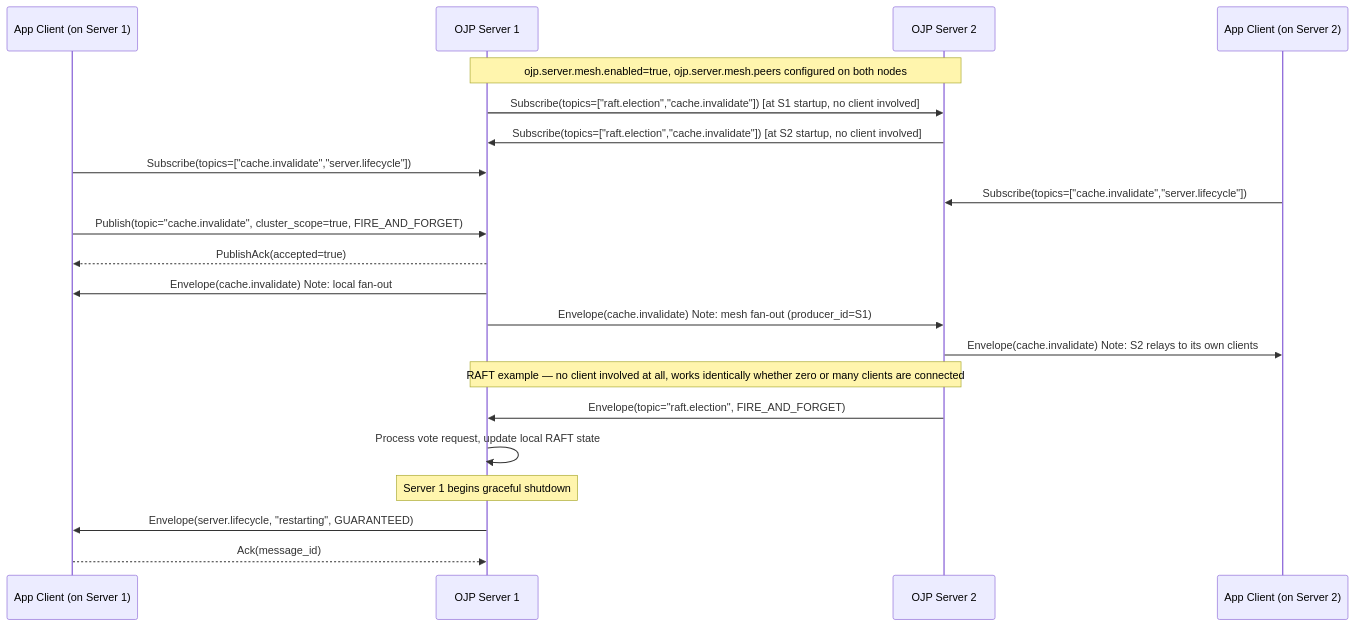
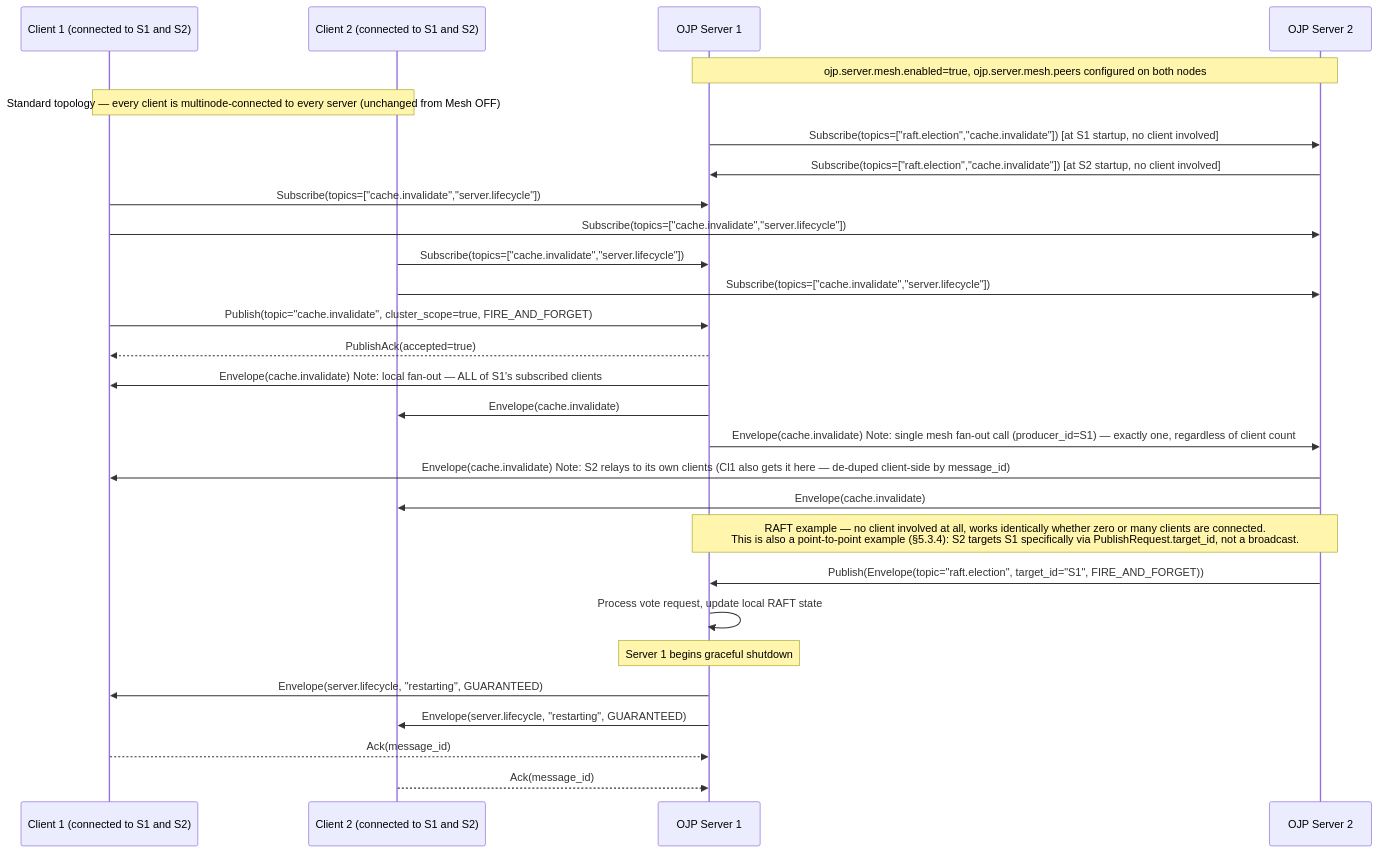
One commit to Open-JDBC-Proxy/ojp changed the sixth of 6 diagrams in documents/analysis/OJP_MESSAGING_PROTOCOL_ANALYSIS.md. Above: the diagram before and after it, drawn with Mermaid. The commit also changed other lines of this file and 2 other files, not shown here.

Commit message:
Address 7-item review: fix stale constraint framing, add channel inventory, full service contract, RAFT trust-perimeter argument

````diff
--- a/documents/analysis/OJP_MESSAGING_PROTOCOL_ANALYSIS.md
+++ b/documents/analysis/OJP_MESSAGING_PROTOCOL_ANALYSIS.md
@@ -670,29 +1081,36 @@
 ```mermaid
 sequenceDiagram
-    participant ClientA as App Client (on Server 1)
+    participant Cl1 as Client 1 (connected to S1 and S2)
+    participant Cl2 as Client 2 (connected to S1 and S2)
     participant S1 as OJP Server 1
     participant S2 as OJP Server 2
-    participant ClientB as App Client (on Server 2)
 
     Note over S1,S2: ojp.server.mesh.enabled=true, ojp.server.mesh.peers configured on both nodes
+    Note over Cl1,Cl2: Standard topology — every client is multinode-connected to every server (unchanged from Mesh OFF)
 
     S1->>S2: Subscribe(topics=["raft.election","cache.invalidate"]) [at S1 startup, no client involved]
     S2->>S1: Subscribe(topics=["raft.election","cache.invalidate"]) [at S2 startup, no client involved]
 
-    ClientA->>S1: Subscribe(topics=["cache.invalidate","server.lifecycle"])
-    ClientB->>S2: Subscribe(topics=["cache.invalidate","server.lifecycle"])
+    Cl1->>S1: Subscribe(topics=["cache.invalidate","server.lifecycle"])
+    Cl1->>S2: Subscribe(topics=["cache.invalidate","server.lifecycle"])
+    Cl2->>S1: Subscribe(topics=["cache.invalidate","server.lifecycle"])
+    Cl2->>S2: Subscribe(topics=["cache.invalidate","server.lifecycle"])
 
-    ClientA->>S1: Publish(topic="cache.invalidate", cluster_scope=true, FIRE_AND_FORGET)
-    S1-->>ClientA: PublishAck(accepted=true)
-    S1->>ClientA: Envelope(cache.invalidate)  Note: local fan-out
-    S1->>S2: Envelope(cache.invalidate)        Note: mesh fan-out (producer_id=S1)
-    S2->>ClientB: Envelope(cache.invalidate)   Note: S2 relays to its own clients
+    Cl1->>S1: Publish(topic="cache.invalidate", cluster_scope=true, FIRE_AND_FORGET)
+    S1-->>Cl1: PublishAck(accepted=true)
+    S1->>Cl1: Envelope(cache.invalidate)  Note: local fan-out — ALL of S1's subscribed clients
+    S1->>Cl2: Envelope(cache.invalidate)
+    S1->>S2: Envelope(cache.invalidate)  Note: single mesh fan-out call (producer_id=S1) — exactly one, regardless of client count
+    S2->>Cl1: Envelope(cache.invalidate)   Note: S2 relays to its own clients (Cl1 also gets it here — de-duped client-side by message_id)
+    S2->>Cl2: Envelope(cache.invalidate)
 
-    Note over S1,S2: RAFT example — no client involved at all, works identically whether zero or many clients are connected
-    S2->>S1: Envelope(topic="raft.election", FIRE_AND_FORGET)
+    Note over S1,S2: RAFT example — no client involved at all, works identically whether zero or many clients are connected.<br/>This is also a point-to-point example (§5.3.4): S2 targets S1 specifically via PublishRequest.target_id, not a broadcast.
+    S2->>S1: Publish(Envelope(topic="raft.election", target_id="S1", FIRE_AND_FORGET))
     S1->>S1: Process vote request, update local RAFT state
 
     Note over S1: Server 1 begins graceful shutdown
-    S1->>ClientA: Envelope(server.lifecycle, "restarting", GUARANTEED)
-    ClientA-->>S1: Ack(message_id)
+    S1->>Cl1: Envelope(server.lifecycle, "restarting", GUARANTEED)
+    S1->>Cl2: Envelope(server.lifecycle, "restarting", GUARANTEED)
+    Cl1-->>S1: Ack(message_id)
+    Cl2-->>S1: Ack(message_id)
 ```
````
